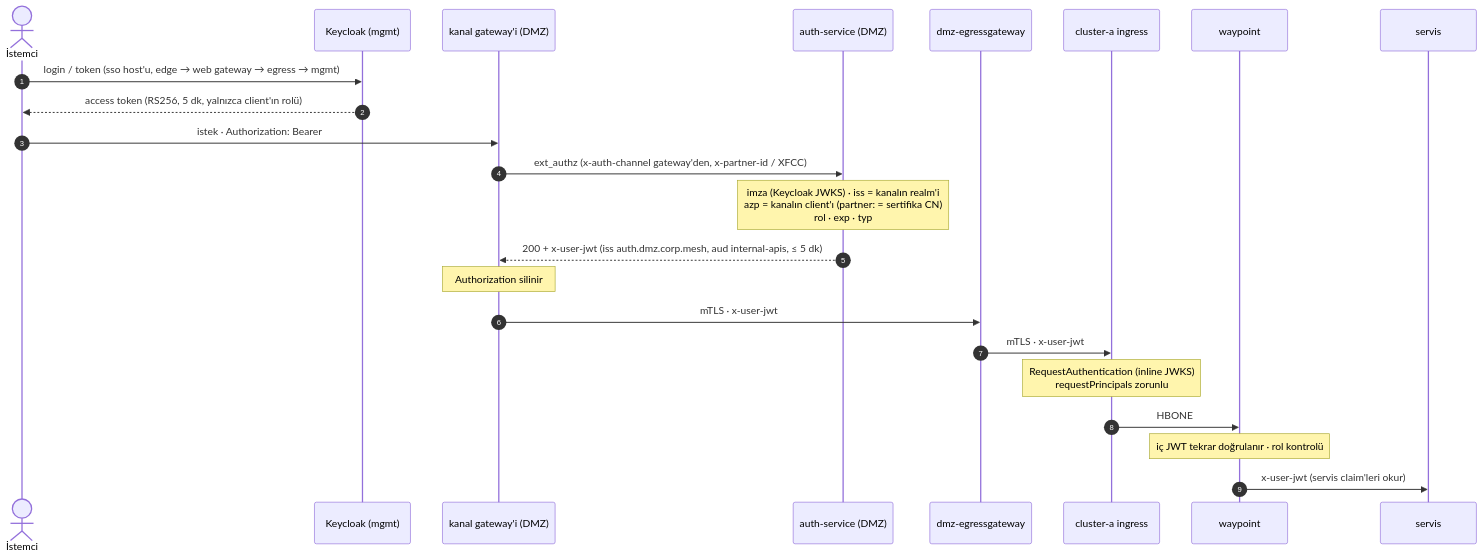
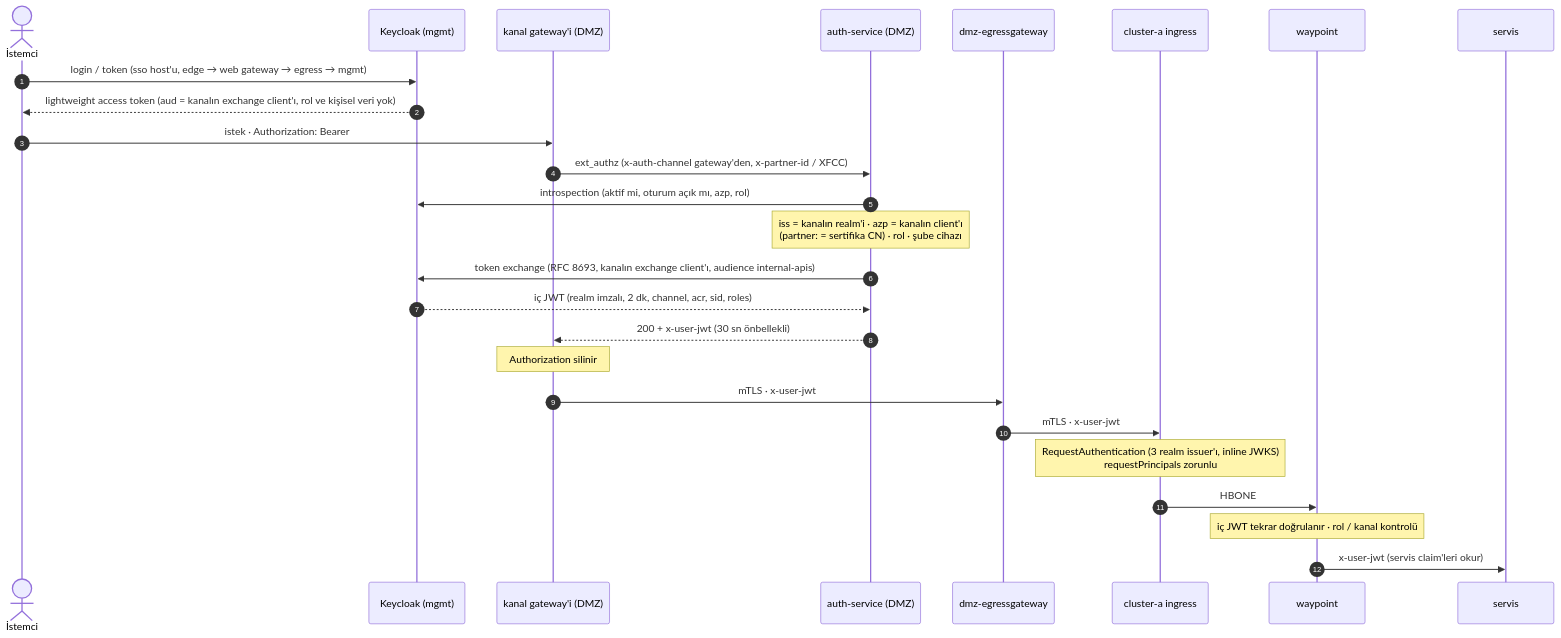
Before and after one commit to olgunyldz/service-mesh-lab: the tenth of 11 diagrams in README.md, drawn with Mermaid. The commit also changed other lines of this file and 36 other files, not shown here.

First line of the commit message:
idp-token-exchange: IdP-issued internal JWT, web token handler, internal BFF

````diff
--- a/README.md
+++ b/README.md
@@ -850,26 +874,29 @@
 ```mermaid
 sequenceDiagram
     autonumber
     actor U as İstemci
     participant KC as Keycloak (mgmt)
     participant G as kanal gateway'i (DMZ)
     participant AS as auth-service (DMZ)
     participant E as dmz-egressgateway
     participant GA as cluster-a ingress
     participant WA as waypoint
     participant A as servis
 
     U->>KC: login / token (sso host'u, edge → web gateway → egress → mgmt)
-    KC-->>U: access token (RS256, 5 dk, yalnızca client'ın rolü)
+    KC-->>U: lightweight access token (aud = kanalın exchange client'ı, rol ve kişisel veri yok)
     U->>G: istek · Authorization: Bearer
     G->>AS: ext_authz (x-auth-channel gateway'den, x-partner-id / XFCC)
-    Note over AS: imza (Keycloak JWKS) · iss = kanalın realm'i<br/>azp = kanalın client'ı (partner: = sertifika CN)<br/>rol · exp · typ
-    AS-->>G: 200 + x-user-jwt (iss auth.dmz.corp.mesh, aud internal-apis, ≤ 5 dk)
+    AS->>KC: introspection (aktif mi, oturum açık mı, azp, rol)
+    Note over AS: iss = kanalın realm'i · azp = kanalın client'ı<br/>(partner: = sertifika CN) · rol · şube cihazı
+    AS->>KC: token exchange (RFC 8693, kanalın exchange client'ı, audience internal-apis)
+    KC-->>AS: iç JWT (realm imzalı, 2 dk, channel, acr, sid, roles)
+    AS-->>G: 200 + x-user-jwt (30 sn önbellekli)
     Note over G: Authorization silinir
     G->>E: mTLS · x-user-jwt
     E->>GA: mTLS · x-user-jwt
-    Note over GA: RequestAuthentication (inline JWKS)<br/>requestPrincipals zorunlu
+    Note over GA: RequestAuthentication (3 realm issuer'ı, inline JWKS)<br/>requestPrincipals zorunlu
     GA->>WA: HBONE
-    Note over WA: iç JWT tekrar doğrulanır · rol kontrolü
+    Note over WA: iç JWT tekrar doğrulanır · rol / kanal kontrolü
     WA->>A: x-user-jwt (servis claim'leri okur)
 ```
````
